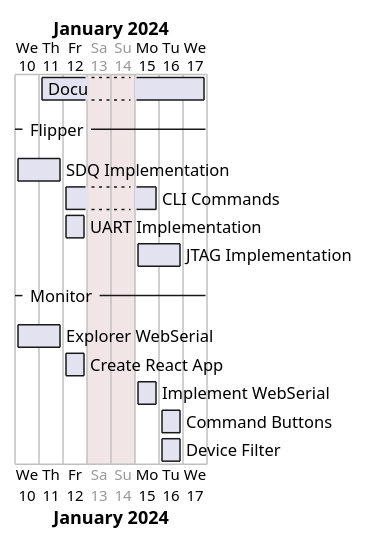
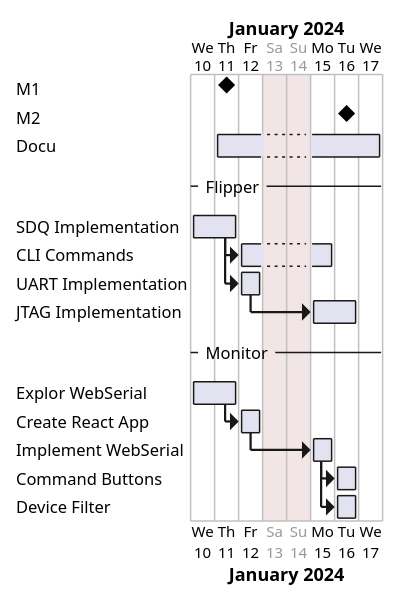
The second of 2 diagrams in README.md (arag0re/fz-yuricable-pro-max), drawn with PlantUML before and after one commit.

Commit message:
update GANTT

````diff
--- a/README.md
+++ b/README.md
@@ -221,19 +221,22 @@
 ```plantuml
 @startgantt
+Labels on first column
 saturday are closed
 sunday are closed
 project starts 2024-01-10 
+[M1] happens D+1
+[M2] happens D+6
 [Docu] requires 5 day and starts D+1
 -- Flipper --
 [SDQ Implementation] requires 2 day
-[CLI Commands] requires 2 day and starts D+2
-[UART Implementation] requires 1 day and starts D+2
-[JTAG Implementation] requires 2 day and starts D+5
+[CLI Commands] requires 2 day and starts at [SDQ Implementation]s end
+[UART Implementation] requires 1 day and starts at [SDQ Implementation]s end
+[JTAG Implementation] requires 2 day and starts at [UART Implementation]s end
 -- Monitor --
-[Explorer WebSerial] requires 2 day
-[Create React App] requires 1 day and starts D+2
-[Implement WebSerial] requires 1 day and starts D+3
-[Command Buttons] requires 1 day and starts D+6
-[Device Filter] requires 1 day and starts D+6
+[Explor WebSerial] requires 2 day
+[Create React App] requires 1 day and starts at [Explor WebSerial]s end
+[Implement WebSerial] requires 1 day and starts at [Create React App]s end
+[Command Buttons] requires 1 day and starts at [Implement WebSerial]s end
+[Device Filter] requires 1 day and starts at [Implement WebSerial]s end
 @endgantt
 ```
````
